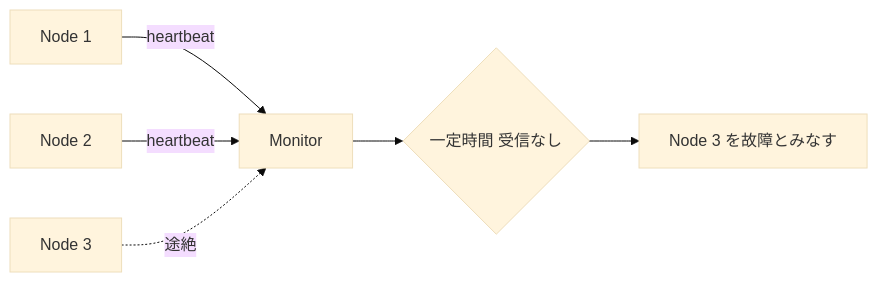
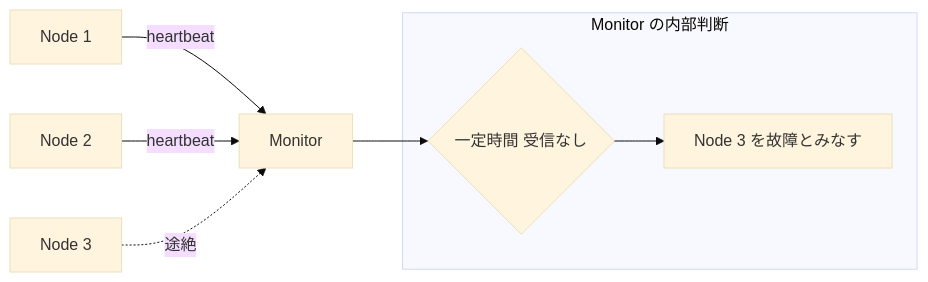
Before and after one commit to nao1215/debimate: the first of 3 diagrams in content/notes/distributed-systems/heartbeat/index.md, drawn with Mermaid (base theme). The commit also changed other lines of this file, not shown here.

````diff
--- a/content/notes/distributed-systems/heartbeat/index.md
+++ b/content/notes/distributed-systems/heartbeat/index.md
@@ -16,8 +16,10 @@
 ```mermaid
 flowchart LR
     N1[Node 1] -- heartbeat --> M[Monitor]
     N2[Node 2] -- heartbeat --> M
     N3[Node 3] -. 途絶 .-> M
-    M --> D{一定時間 受信なし}
-    D --> F[Node 3 を故障とみなす]
+    M --> D
+    subgraph Monitor の内部判断
+        D{一定時間 受信なし} --> F[Node 3 を故障とみなす]
+    end
 ```
````
